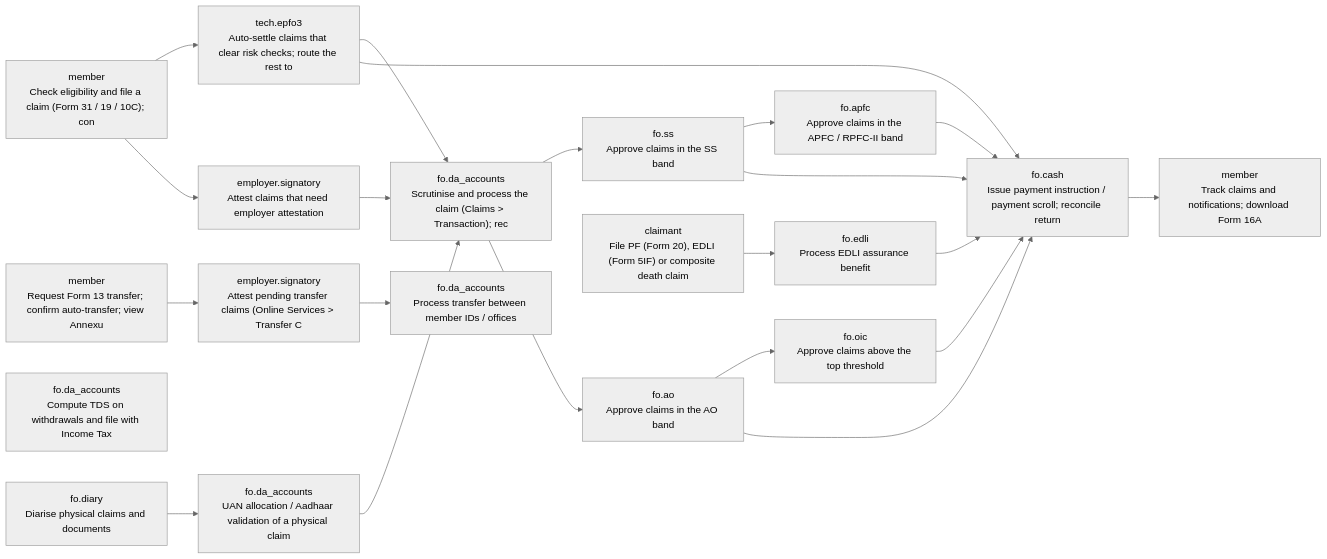
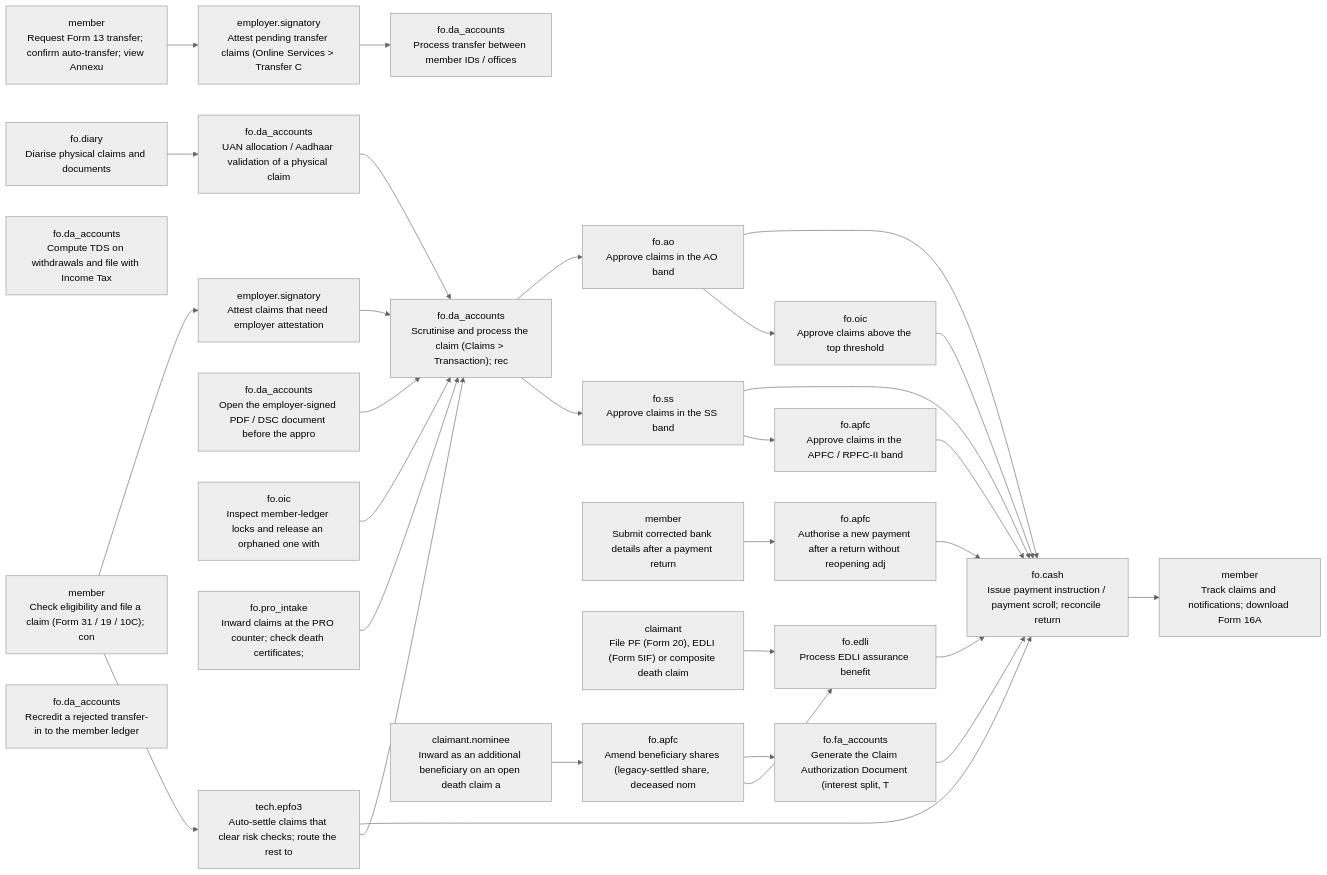
The fourth of 14 diagrams in docs/stakeholder-api-sets.md (gauravmeena0708/pf-life), drawn with Mermaid (neutral theme) before and after one commit. The commit also changed other lines of this file and 23 other files, not shown here.

````diff
--- a/docs/stakeholder-api-sets.md
+++ b/docs/stakeholder-api-sets.md
@@ -1326,41 +1390,59 @@
 ```mermaid
 flowchart LR
   F04_claim_file["member<br/>Check eligibility and file a claim (Form 31 / 19 / 10C); con"]
   F04_auto_settle["tech.epfo3<br/>Auto-settle claims that clear risk checks; route the rest to"]
   F04_attest["employer.signatory<br/>Attest claims that need employer attestation"]
   F04_physical["fo.diary<br/>Diarise physical claims and documents"]
   F04_physical_validate["fo.da_accounts<br/>UAN allocation / Aadhaar validation of a physical claim"]
   F04_process["fo.da_accounts<br/>Scrutinise and process the claim (Claims > Transaction); rec"]
   F04_approve_ss["fo.ss<br/>Approve claims in the SS band"]
   F04_approve_ao["fo.ao<br/>Approve claims in the AO band"]
   F04_approve_apfc["fo.apfc<br/>Approve claims in the APFC / RPFC-II band"]
   F04_approve_oic["fo.oic<br/>Approve claims above the top threshold"]
   F04_pay["fo.cash<br/>Issue payment instruction / payment scroll; reconcile return"]
+  F04_cad["fo.fa_accounts<br/>Generate the Claim Authorization Document (interest split, T"]
+  F04_redisburse_request["member<br/>Submit corrected bank details after a payment return"]
+  F04_redisburse_approve["fo.apfc<br/>Authorise a new payment after a return without reopening adj"]
+  F04_attestation_view["fo.da_accounts<br/>Open the employer-signed PDF / DSC document before the appro"]
+  F04_lock_admin["fo.oic<br/>Inspect member-ledger locks and release an orphaned one with"]
+  F04_pro_intake["fo.pro_intake<br/>Inward claims at the PRO counter; check death certificates; "]
   F04_track["member<br/>Track claims and notifications; download Form 16A"]
   F04_tds["fo.da_accounts<br/>Compute TDS on withdrawals and file with Income Tax"]
   F04_transfer["member<br/>Request Form 13 transfer; confirm auto-transfer; view Annexu"]
   F04_transfer_attest["employer.signatory<br/>Attest pending transfer claims (Online Services > Transfer C"]
   F04_transfer_process["fo.da_accounts<br/>Process transfer between member IDs / offices"]
+  F04_transfer_recredit["fo.da_accounts<br/>Recredit a rejected transfer-in to the member ledger"]
   F04_death_claim["claimant<br/>File PF (Form 20), EDLI (Form 5IF) or composite death claim"]
+  F04_co_beneficiary["claimant.nominee<br/>Inward as an additional beneficiary on an open death claim a"]
+  F04_shares["fo.apfc<br/>Amend beneficiary shares (legacy-settled share, deceased nom"]
   F04_edli["fo.edli<br/>Process EDLI assurance benefit"]
   F04_claim_file --> F04_auto_settle
   F04_claim_file --> F04_attest
   F04_auto_settle --> F04_process
   F04_auto_settle --> F04_pay
   F04_attest --> F04_process
   F04_physical --> F04_physical_validate
   F04_physical_validate --> F04_process
   F04_process --> F04_approve_ss
   F04_process --> F04_approve_ao
   F04_approve_ss --> F04_approve_apfc
   F04_approve_ss --> F04_pay
   F04_approve_ao --> F04_approve_oic
   F04_approve_ao --> F04_pay
   F04_approve_apfc --> F04_pay
   F04_approve_oic --> F04_pay
   F04_pay --> F04_track
+  F04_cad --> F04_pay
+  F04_redisburse_request --> F04_redisburse_approve
+  F04_redisburse_approve --> F04_pay
+  F04_attestation_view --> F04_process
+  F04_lock_admin --> F04_process
+  F04_pro_intake --> F04_process
   F04_transfer --> F04_transfer_attest
   F04_transfer_attest --> F04_transfer_process
   F04_death_claim --> F04_edli
+  F04_co_beneficiary --> F04_shares
+  F04_shares --> F04_edli
+  F04_shares --> F04_cad
   F04_edli --> F04_pay
 ```
````
